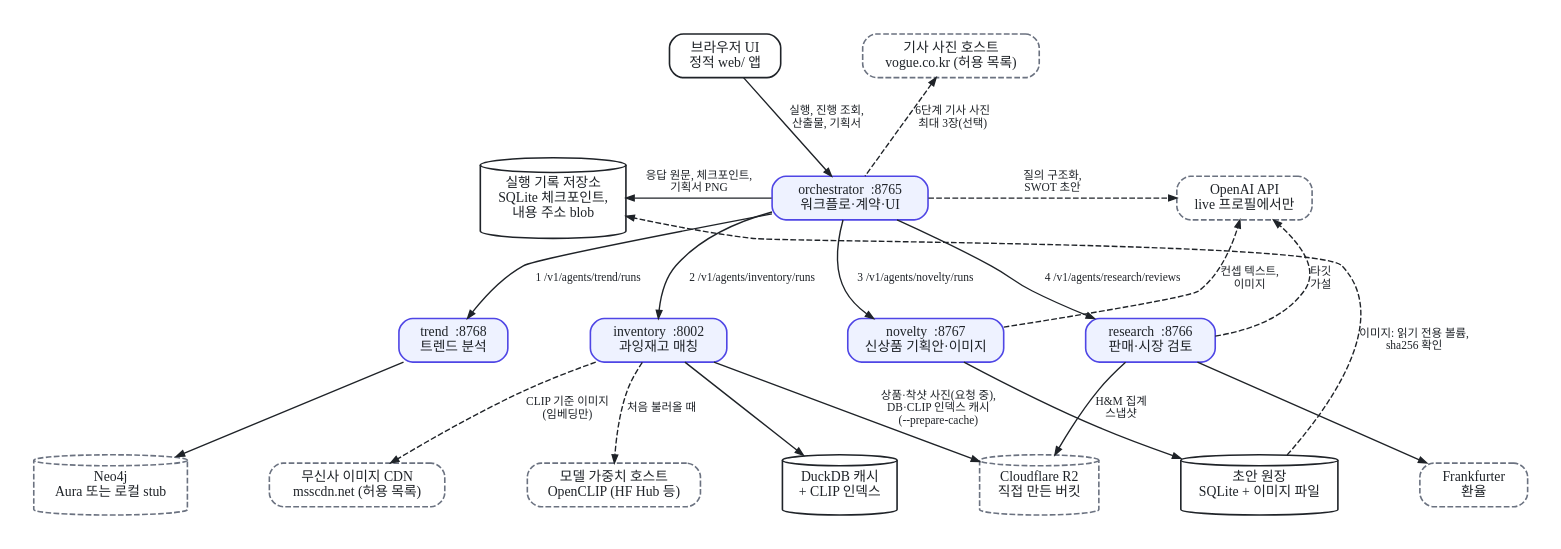
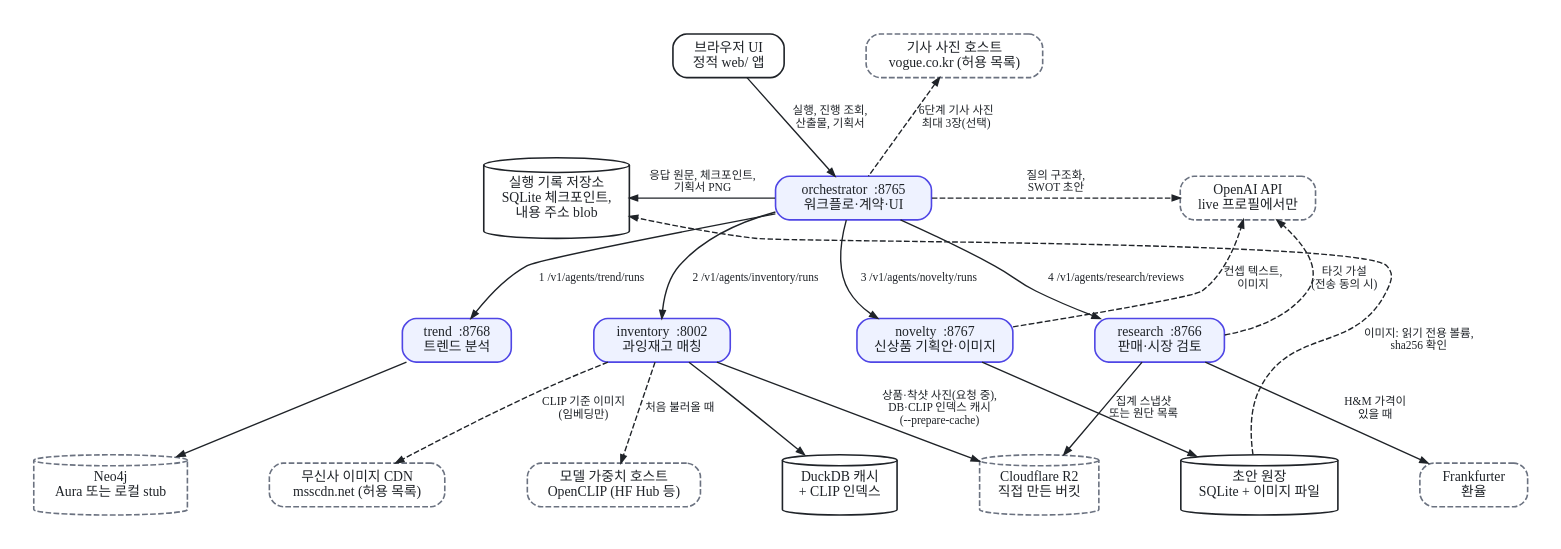
The diagram in docs/diagrams/src/system.dot (KG-RAG-02/fashion-planner-orchestrator), drawn with Graphviz before and after one commit. The commit also changed 14 other files, not shown here.

```diff
--- a/docs/diagrams/src/system.dot
+++ b/docs/diagrams/src/system.dot
@@ -1,64 +1,64 @@
 // 시스템 전체: 다섯 서비스, 각자의 저장소, 호출하는 외부 시스템.
 // DIAGRAM-STYLE 라이트 팔레트로 쓰고, scripts/render_diagrams.sh가 색을 바꿔 다크 버전을 만든다.
 // 모든 노드와 엣지의 근거(file:line)는 docs/diagrams/CLAIMS.md에 있다.
 digraph system {
   graph [rankdir=TB, bgcolor="#ffffff", fontname="Pretendard", fontcolor="#1f2328", fontsize=12,
          nodesep=0.5, ranksep=0.65, pad=0.3, newrank=true];
   node  [fontname="Pretendard", fontsize=12, fontcolor="#1f2328", color="#1f2328", penwidth=1.4, margin="0.2,0.08"];
   edge  [fontname="Pretendard", fontsize=10, fontcolor="#1f2328", color="#1f2328", penwidth=1.2, arrowsize=0.7];
 
   // 서비스
   node [shape=box, style="rounded,filled", fillcolor="#eef2ff", color="#4f46e5"];
   orch  [label="orchestrator  :8765\n워크플로·계약·UI"];
   trend [label="trend  :8768\n트렌드 분석"];
   inv   [label="inventory  :8002\n과잉재고 매칭"];
   nov   [label="novelty  :8767\n신상품 기획안·이미지"];
   res   [label="research  :8766\n판매·시장 검토"];
 
   // 클라이언트와 자체 저장소
   ui     [label="브라우저 UI\n정적 web/ 앱", shape=box, style="rounded", fillcolor="", color="#1f2328"];
   store  [label="실행 기록 저장소\nSQLite 체크포인트,\n내용 주소 blob", shape=cylinder, style="", color="#1f2328"];
   duck   [label="DuckDB 캐시\n+ CLIP 인덱스", shape=cylinder, style="", color="#1f2328"];
   ledger [label="초안 원장\nSQLite + 이미지 파일", shape=cylinder, style="", color="#1f2328"];
 
   // 외부 시스템(점선): 계정과 데이터는 직접 준비한다
   node [style="dashed", color="#6b7280", fillcolor=""];
   neo4j  [label="Neo4j\nAura 또는 로컬 stub", shape=cylinder];
   r2     [label="Cloudflare R2\n직접 만든 버킷", shape=cylinder];
   fx     [label="Frankfurter\n환율", shape=box, style="rounded,dashed"];
   openai [label="OpenAI API\nlive 프로필에서만", shape=box, style="rounded,dashed"];
   photo  [label="기사 사진 호스트\nvogue.co.kr (허용 목록)", shape=box, style="rounded,dashed"];
   cdn    [label="무신사 이미지 CDN\nmsscdn.net (허용 목록)", shape=box, style="rounded,dashed"];
   hf     [label="모델 가중치 호스트\nOpenCLIP (HF Hub 등)", shape=box, style="rounded,dashed"];
 
   // 층(위→아래)과 층 안의 순서
   { rank=same; ui; photo; }
   { rank=same; store; orch; openai; }
   { rank=same; trend; inv; nov; res; }
   { rank=same; neo4j; cdn; hf; duck; r2; ledger; fx; }
   edge [style=invis];
   ui -> photo; store -> orch -> openai; trend -> inv -> nov -> res; neo4j -> cdn -> hf -> duck -> r2 -> ledger -> fx;
   edge [style=solid];
 
   ui -> orch [label=" 실행, 진행 조회,\n 산출물, 기획서"];
   orch -> store [label="응답 원문, 체크포인트,\n기획서 PNG", constraint=false];
   photo -> orch [label="6단계 기사 사진\n최대 3장(선택)", style=dashed, dir=back];
 
   orch -> trend [label="1 /v1/agents/trend/runs"];
   orch -> inv   [label="2 /v1/agents/inventory/runs"];
   orch -> nov   [label="3 /v1/agents/novelty/runs"];
   orch -> res   [label="4 /v1/agents/research/reviews"];
 
   trend -> neo4j;
   inv   -> duck;
   inv   -> r2     [label="상품·착샷 사진(요청 중),\nDB·CLIP 인덱스 캐시\n(--prepare-cache)"];
   inv   -> cdn    [label="CLIP 기준 이미지\n(임베딩만)", style=dashed];
   inv   -> hf     [label="처음 불러올 때", style=dashed];
   nov   -> ledger;
   nov   -> openai [label="컨셉 텍스트,\n이미지", style=dashed];
-  res   -> openai [label="타깃\n가설", style=dashed];
-  res   -> fx;
-  res   -> r2     [taillabel="H&M 집계\n스냅샷", labeldistance=4, labelangle=42];
+  res   -> openai [label="타깃 가설\n(전송 동의 시)", style=dashed];
+  res   -> fx     [label="H&M 가격이\n있을 때"];
+  res   -> r2     [taillabel="집계 스냅샷\n또는 원단 목록", labeldistance=4, labelangle=42];
   ledger -> store [label="이미지: 읽기 전용 볼륨,\nsha256 확인", style=dashed, constraint=false];
   orch  -> openai [label="질의 구조화,\nSWOT 초안", style=dashed, constraint=false];
 }
```
